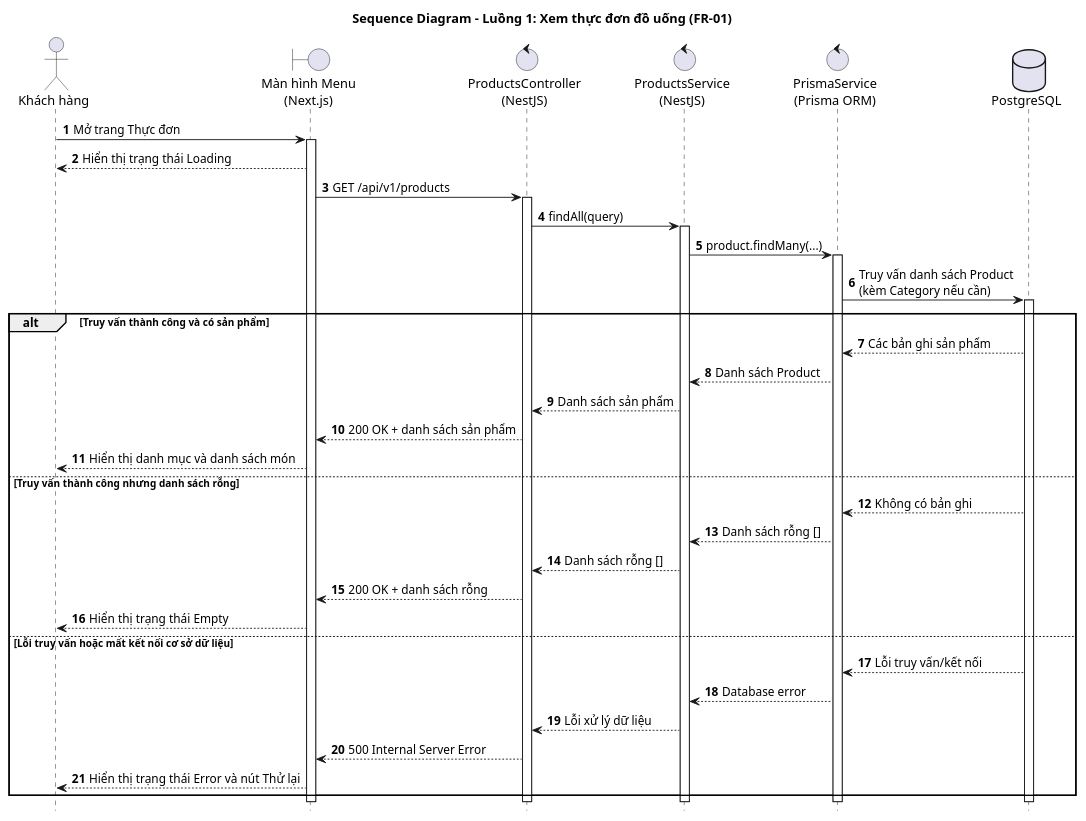
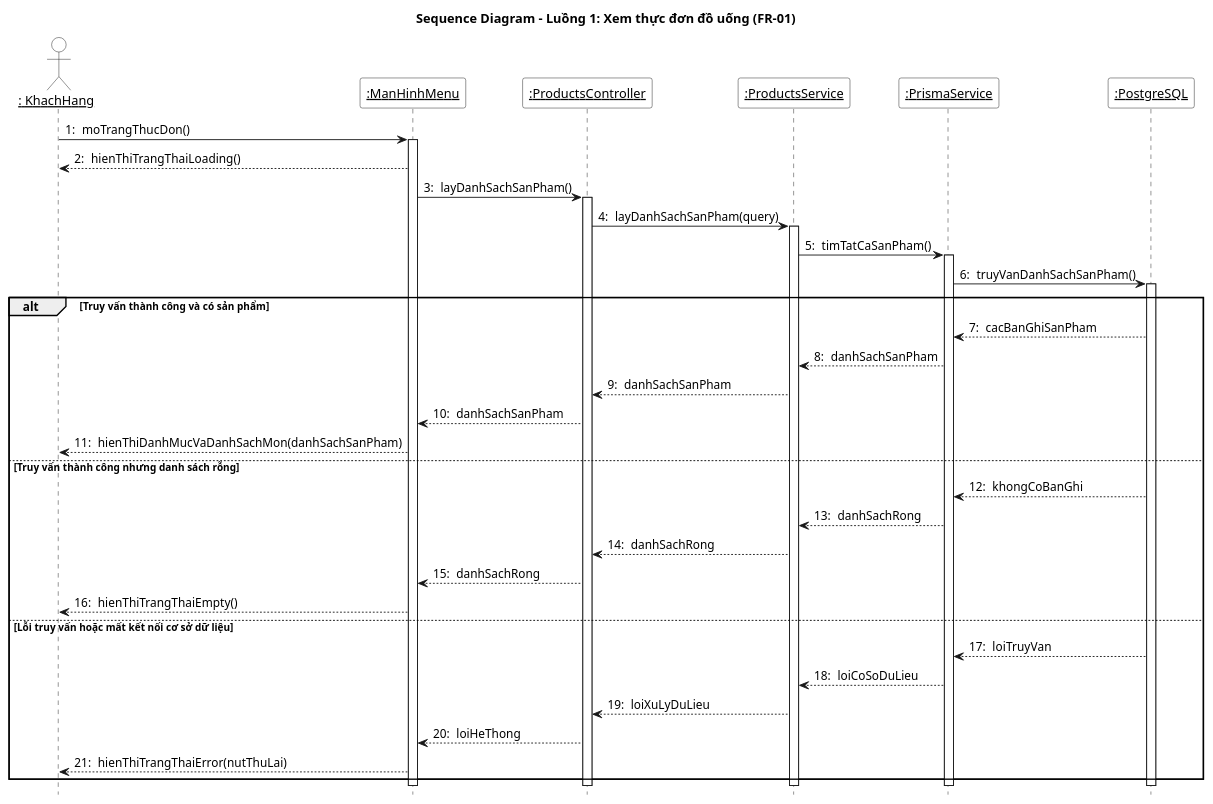
One commit to Phuc280106/BrewLite2 changed the diagram in docs/diagrams/menu/sequence-menu-view.puml. Above: the diagram before and after it, drawn with PlantUML. The commit also changed other lines of this file and 7 other files, not shown here.

Commit message:
docs(diagrams): hoàn thành sơ đồ usecase, sequence, activity cho chức năng hiển thị menu và lọc danh mục

```diff
--- a/docs/diagrams/menu/sequence-menu-view.puml
+++ b/docs/diagrams/menu/sequence-menu-view.puml
@@ -1,51 +1,54 @@
-@startuml sequence-menu-view
+@startuml sequence-menu-list
 title Sequence Diagram - Luồng 1: Xem thực đơn đồ uống (FR-01)
-autonumber
+skinparam sequenceMessageAlign left
+skinparam monochrome true
+skinparam shadowing false
+skinparam ParticipantBackgroundColor white
+skinparam ActorBackgroundColor white
 hide footbox
-skinparam responseMessageBelowArrow true
+autonumber "0: "
 
-actor "Khách hàng" as KH
-boundary "Màn hình Menu\n(Next.js)" as UI
-control "ProductsController\n(NestJS)" as PC
-control "ProductsService\n(NestJS)" as PS
-control "PrismaService\n(Prisma ORM)" as PR
-database "PostgreSQL" as DB
+actor "__: KhachHang__" as KH
+participant "__:ManHinhMenu__" as UI
+participant "__:ProductsController__" as CTRL
+participant "__:ProductsService__" as SVC
+participant "__:PrismaService__" as PRISMA
+participant "__:PostgreSQL__" as DB
 
-KH -> UI : Mở trang Thực đơn
+KH -> UI : moTrangThucDon()
 activate UI
-UI --> KH : Hiển thị trạng thái Loading
-UI -> PC : GET /api/v1/products
-activate PC
-PC -> PS : findAll(query)
-activate PS
-PS -> PR : product.findMany(...)
-activate PR
-PR -> DB : Truy vấn danh sách Product\n(kèm Category nếu cần)
+UI --> KH : hienThiTrangThaiLoading()
+UI -> CTRL : layDanhSachSanPham()
+activate CTRL
+CTRL -> SVC : layDanhSachSanPham(query)
+activate SVC
+SVC -> PRISMA : timTatCaSanPham()
+activate PRISMA
+PRISMA -> DB : truyVanDanhSachSanPham()
 activate DB
 
 alt Truy vấn thành công và có sản phẩm
-  DB --> PR : Các bản ghi sản phẩm
-  PR --> PS : Danh sách Product
-  PS --> PC : Danh sách sản phẩm
-  PC --> UI : 200 OK + danh sách sản phẩm
-  UI --> KH : Hiển thị danh mục và danh sách món
+    DB --> PRISMA : cacBanGhiSanPham
+    PRISMA --> SVC : danhSachSanPham
+    SVC --> CTRL : danhSachSanPham
+    CTRL --> UI : danhSachSanPham
+    UI --> KH : hienThiDanhMucVaDanhSachMon(danhSachSanPham)
 else Truy vấn thành công nhưng danh sách rỗng
-  DB --> PR : Không có bản ghi
-  PR --> PS : Danh sách rỗng []
-  PS --> PC : Danh sách rỗng []
-  PC --> UI : 200 OK + danh sách rỗng
-  UI --> KH : Hiển thị trạng thái Empty
+    DB --> PRISMA : khongCoBanGhi
+    PRISMA --> SVC : danhSachRong
+    SVC --> CTRL : danhSachRong
+    CTRL --> UI : danhSachRong
+    UI --> KH : hienThiTrangThaiEmpty()
 else Lỗi truy vấn hoặc mất kết nối cơ sở dữ liệu
-  DB --> PR : Lỗi truy vấn/kết nối
-  PR --> PS : Database error
-  PS --> PC : Lỗi xử lý dữ liệu
-  PC --> UI : 500 Internal Server Error
-  UI --> KH : Hiển thị trạng thái Error và nút Thử lại
+    DB --> PRISMA : loiTruyVan
+    PRISMA --> SVC : loiCoSoDuLieu
+    SVC --> CTRL : loiXuLyDuLieu
+    CTRL --> UI : loiHeThong
+    UI --> KH : hienThiTrangThaiError(nutThuLai)
 end
-
 deactivate DB
-deactivate PR
-deactivate PS
-deactivate PC
+deactivate PRISMA
+deactivate SVC
+deactivate CTRL
 deactivate UI
 @enduml
```
